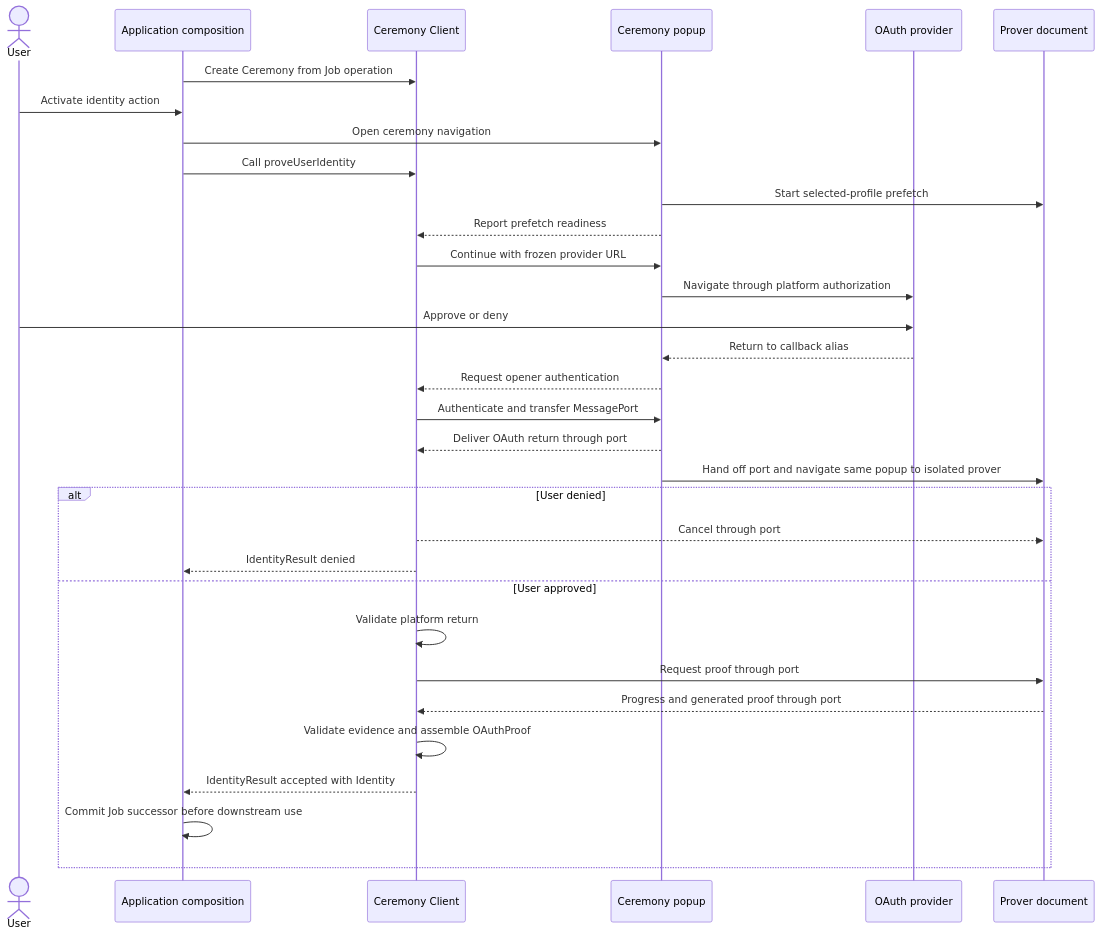
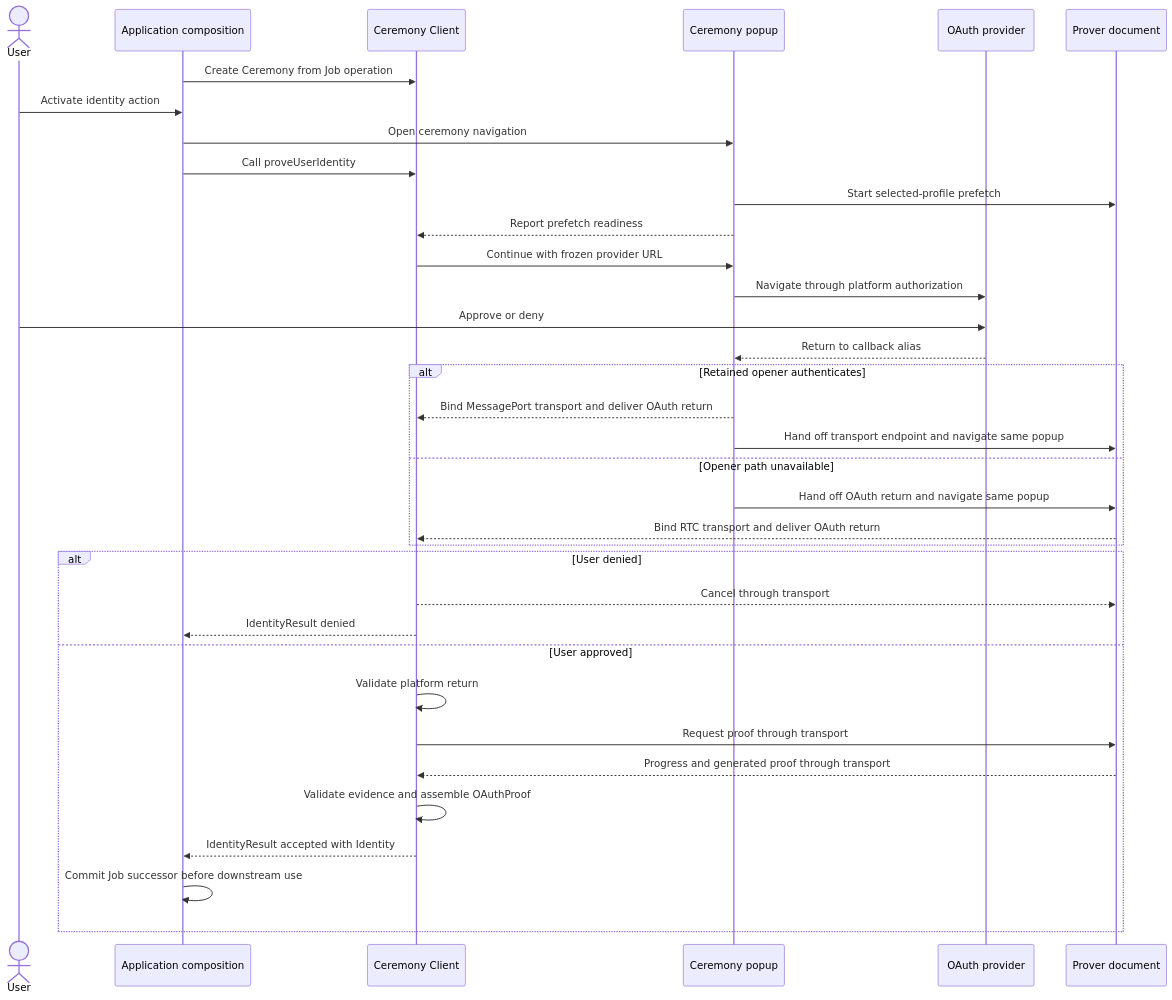
Before and after one commit to libid-org/libid: the diagram in ts/packages/ceremony/ARCHITECTURE.md, drawn with Mermaid. The commit also changed other lines of this file and 6 other files, not shown here.

````diff
--- a/ts/packages/ceremony/ARCHITECTURE.md
+++ b/ts/packages/ceremony/ARCHITECTURE.md
@@ -38,35 +40,38 @@
 ```mermaid
 sequenceDiagram
     actor U as User
     participant A as Application composition
     participant C as Ceremony Client
     participant P as Ceremony popup
     participant O as OAuth provider
     participant R as Prover document
 
     A->>C: Create Ceremony from Job operation
     U->>A: Activate identity action
     A->>P: Open ceremony navigation
     A->>C: Call proveUserIdentity
     P->>R: Start selected-profile prefetch
     P-->>C: Report prefetch readiness
     C->>P: Continue with frozen provider URL
     P->>O: Navigate through platform authorization
     U->>O: Approve or deny
     O-->>P: Return to callback alias
-    P-->>C: Request opener authentication
-    C->>P: Authenticate and transfer MessagePort
-    P-->>C: Deliver OAuth return through port
-    P->>R: Hand off port and navigate same popup to isolated prover
+    alt Retained opener authenticates
+        P-->>C: Bind MessagePort transport and deliver OAuth return
+        P->>R: Hand off transport endpoint and navigate same popup
+    else Opener path unavailable
+        P->>R: Hand off OAuth return and navigate same popup
+        R-->>C: Bind RTC transport and deliver OAuth return
+    end
     alt User denied
-        C-->>R: Cancel through port
+        C-->>R: Cancel through transport
         C-->>A: IdentityResult denied
     else User approved
         C->>C: Validate platform return
-        C->>R: Request proof through port
-        R-->>C: Progress and generated proof through port
+        C->>R: Request proof through transport
+        R-->>C: Progress and generated proof through transport
         C->>C: Validate evidence and assemble OAuthProof
         C-->>A: IdentityResult accepted with Identity
         A->>A: Commit Job successor before downstream use
     end
 ```
````
